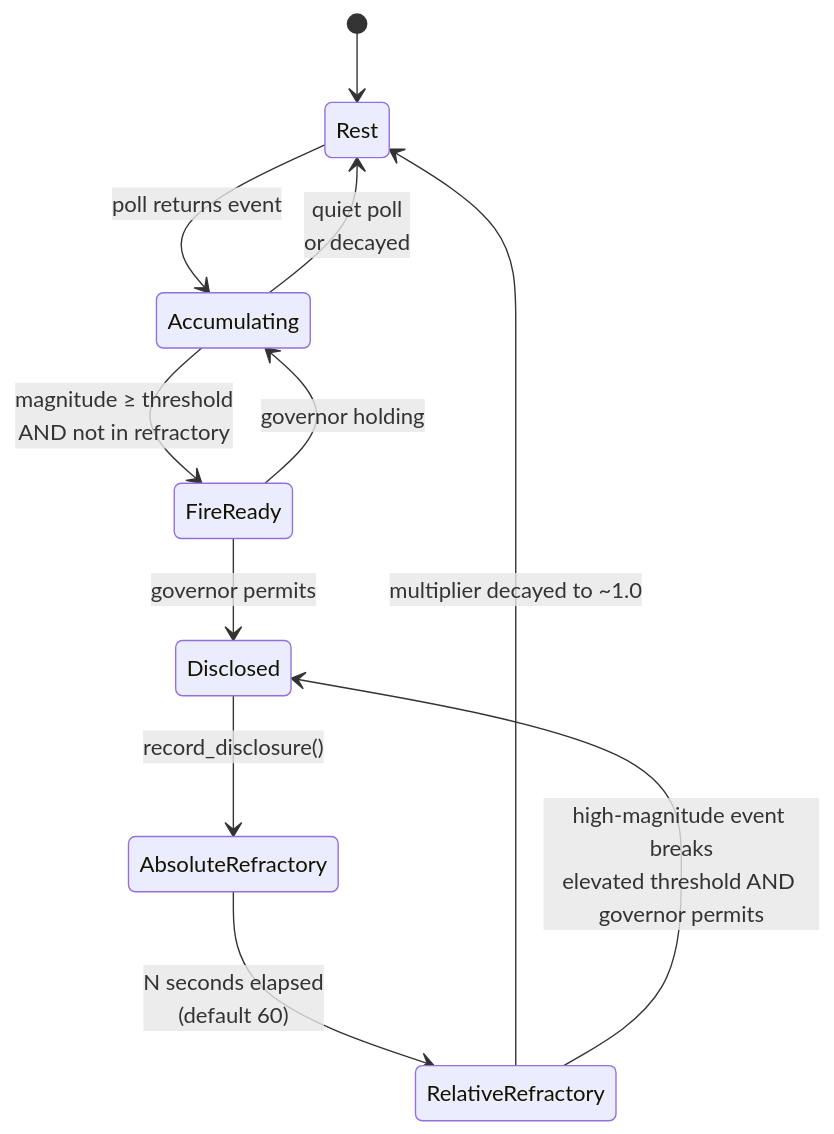
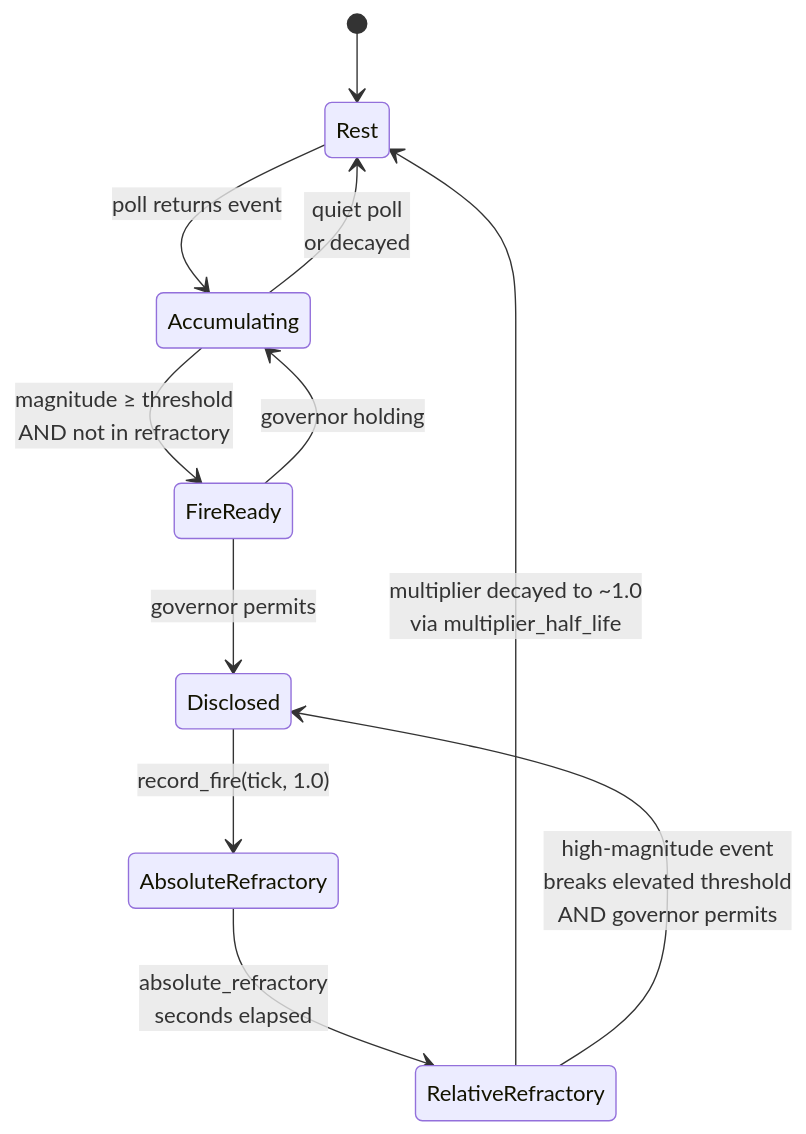
One commit to jonmuse9/agent-ways changed the diagram in docs/attend-and-monitor/engagement.md. Above: the diagram before and after it, drawn with Mermaid. The commit also changed other lines of this file and 3 other files, not shown here.

````diff
--- a/docs/attend-and-monitor/engagement.md
+++ b/docs/attend-and-monitor/engagement.md
@@ -60,13 +95,13 @@
 ```mermaid
 stateDiagram-v2
     [*] --> Rest
     Rest --> Accumulating: poll returns event
     Accumulating --> FireReady: magnitude ≥ threshold<br/>AND not in refractory
     Accumulating --> Rest: quiet poll<br/>or decayed
     FireReady --> Disclosed: governor permits
     FireReady --> Accumulating: governor holding
-    Disclosed --> AbsoluteRefractory: record_disclosure()
-    AbsoluteRefractory --> RelativeRefractory: N seconds elapsed<br/>(default 60)
-    RelativeRefractory --> Rest: multiplier decayed to ~1.0
-    RelativeRefractory --> Disclosed: high-magnitude event breaks<br/>elevated threshold AND governor permits
+    Disclosed --> AbsoluteRefractory: record_fire(tick, 1.0)
+    AbsoluteRefractory --> RelativeRefractory: absolute_refractory<br/>seconds elapsed
+    RelativeRefractory --> Rest: multiplier decayed to ~1.0<br/>via multiplier_half_life
+    RelativeRefractory --> Disclosed: high-magnitude event<br/>breaks elevated threshold<br/>AND governor permits
 ```
````
